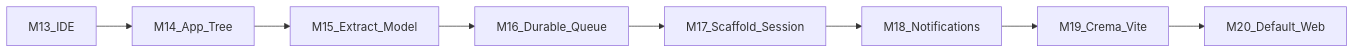
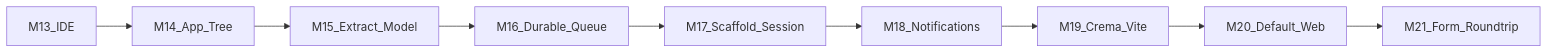
The second of 2 diagrams in MILESTONES.md (konaframework/kona), drawn with Mermaid before and after one commit. The commit also changed other lines of this file and 19 other files, not shown here.

````diff
--- a/MILESTONES.md
+++ b/MILESTONES.md
@@ -701,10 +726,11 @@
 ```mermaid
 flowchart LR
   M13[M13_IDE] --> M14[M14_App_Tree]
   M14 --> M15[M15_Extract_Model]
   M15 --> M16[M16_Durable_Queue]
   M16 --> M17[M17_Scaffold_Session]
   M17 --> M18[M18_Notifications]
   M18 --> M19[M19_Crema_Vite]
   M19 --> M20[M20_Default_Web]
+  M20 --> M21[M21_Form_Roundtrip]
 ```
````
